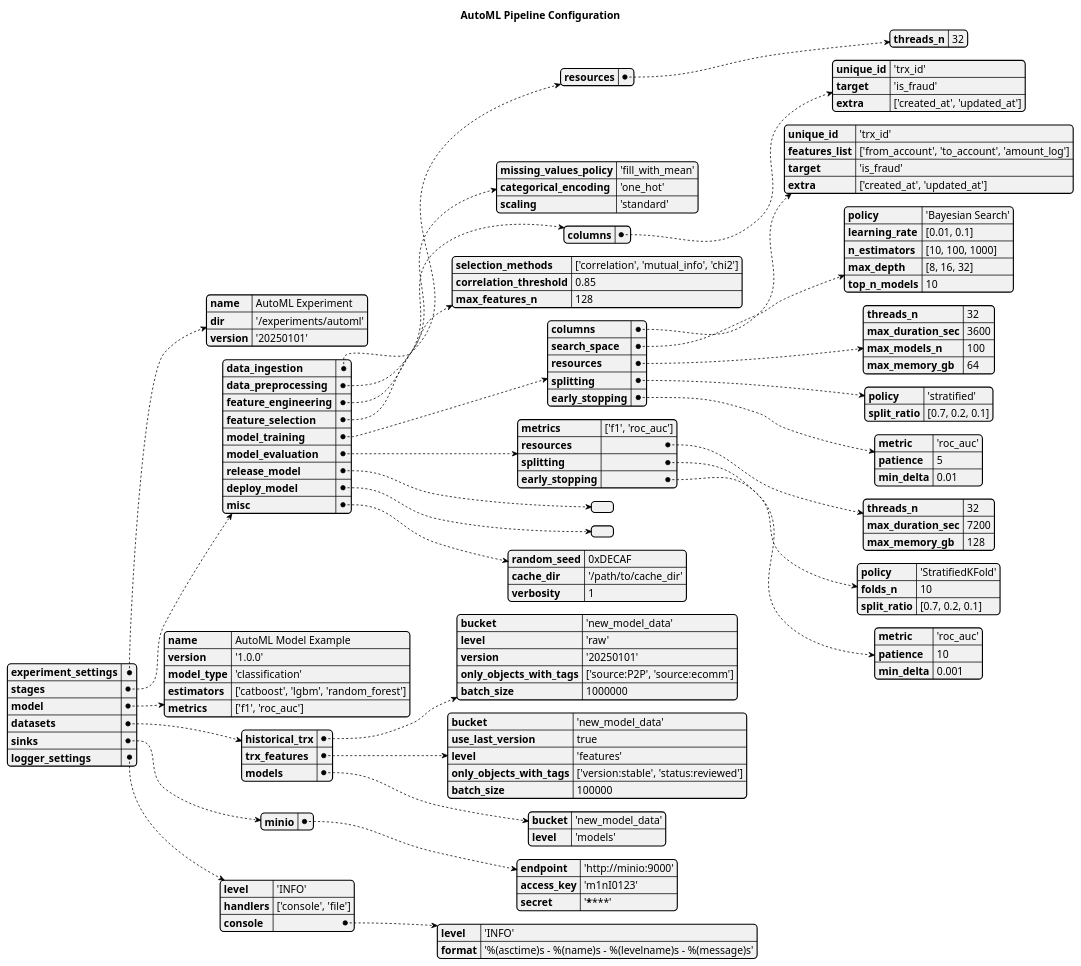
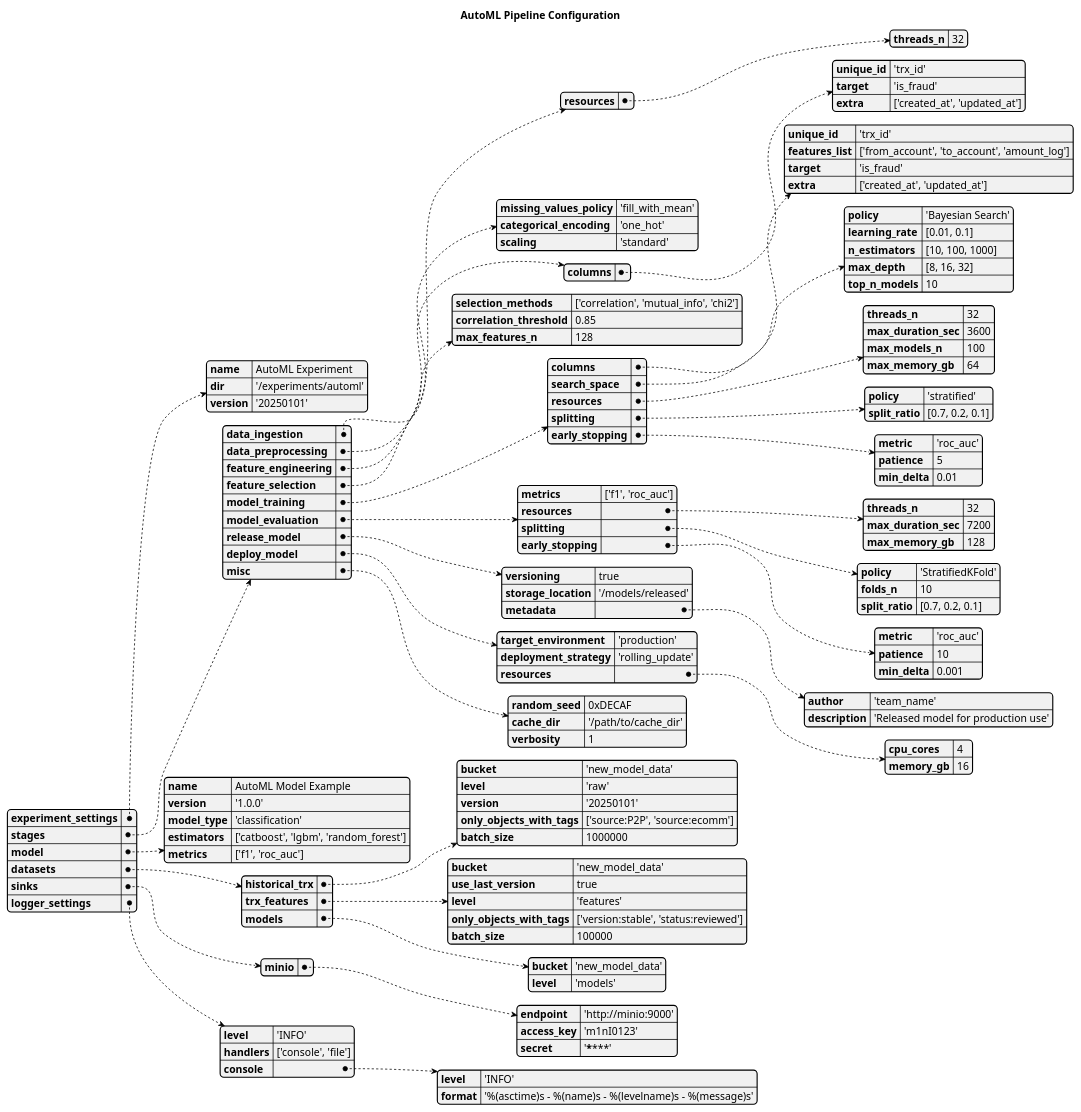
Before and after one commit to codez0mb1e/data-engineer-server: the diagram in pipelines/automl_config.wsd, drawn with PlantUML.

Commit message:
Add placeholders for `release_model` and `deploy_model` sections

```diff
--- a/pipelines/automl_config.wsd
+++ b/pipelines/automl_config.wsd
@@ -1,121 +1,136 @@
 @startyaml automl_config
 title AutoML Pipeline Configuration
 
 
 experiment_settings:
     name: AutoML Experiment
     dir: '/experiments/automl'
     version: '20250101'
 
 stages:
     data_ingestion:
         resources:
             threads_n: 32
 
     data_preprocessing:
         missing_values_policy: 'fill_with_mean'
         categorical_encoding: 'one_hot'
         scaling: 'standard'
 
     feature_engineering:
         columns:
             unique_id: 'trx_id'
             target: 'is_fraud'
             extra: ['created_at', 'updated_at']
     
     feature_selection:
         selection_methods: ['correlation', 'mutual_info', 'chi2']
         correlation_threshold: 0.85
         max_features_n: 128
 
     model_training:
         columns:
             unique_id: 'trx_id'
             features_list: ['from_account', 'to_account', 'amount_log']
             target: 'is_fraud'
             extra: ['created_at', 'updated_at']
         search_space:
             policy: 'Bayesian Search'
             learning_rate: [0.01, 0.1]
             n_estimators: [10, 100, 1000]
             max_depth: [8, 16, 32]
             top_n_models: 10
         resources:
             threads_n: 32
             max_duration_sec: 3600
             max_models_n: 100
             max_memory_gb: 64
         splitting:
             policy: 'stratified'
             split_ratio: [0.7, 0.2, 0.1]
         early_stopping:
             metric: 'roc_auc'
             patience: 5
             min_delta: 0.01
     
     model_evaluation:
         metrics: ['f1', 'roc_auc']
         resources:
             threads_n: 32
             max_duration_sec: 7200
             max_memory_gb: 128
         splitting:
             policy: 'StratifiedKFold'
             folds_n: 10
             split_ratio: [0.7, 0.2, 0.1]
         early_stopping:
             metric: 'roc_auc'
             patience: 10
             min_delta: 0.001
     
     release_model:
+        # Placeholder for model release configuration.
+        # Define details such as versioning, storage location, and metadata.
+        versioning: true
+        storage_location: '/models/released'
+        metadata: 
+            author: 'team_name'
+            description: 'Released model for production use'
+
     deploy_model:
+        # Placeholder for model deployment configuration.
+        # Define details such as target environment, deployment strategy, and resources.
+        target_environment: 'production'
+        deployment_strategy: 'rolling_update'
+        resources:
+            cpu_cores: 4
+            memory_gb: 16
 
     misc:
         random_seed: 0xDECAF
         cache_dir: '/path/to/cache_dir'
         verbosity: 1
 
 model:
     name: AutoML Model Example
     version: '1.0.0'
     model_type: 'classification'
     estimators: ['catboost', 'lgbm', 'random_forest']
     metrics: ['f1', 'roc_auc']
 
 
 datasets:
     historical_trx:
         # Historical transactions log
         bucket: 'new_model_data'
         level: 'raw'
         version: '20250101'
         only_objects_with_tags: ['source:P2P', 'source:ecomm']
         batch_size: 1000000
     trx_features:
         # Transaction features dataset
         bucket: 'new_model_data'
         use_last_version: true
         level: 'features'
         only_objects_with_tags: ['version:stable', 'status:reviewed']
         batch_size: 100000
     models:
         bucket: 'new_model_data'
         level: 'models'
 
 
 sinks:
     minio:
         endpoint: 'http://minio:9000'
         access_key: 'm1nI0123'
         secret: '********'
 
 
 logger_settings:
     level: 'INFO'
     handlers: ['console', 'file']
     console:
         level: 'INFO'
         format: '%(asctime)s - %(name)s - %(levelname)s - %(message)s'
 
 @endyaml
```
